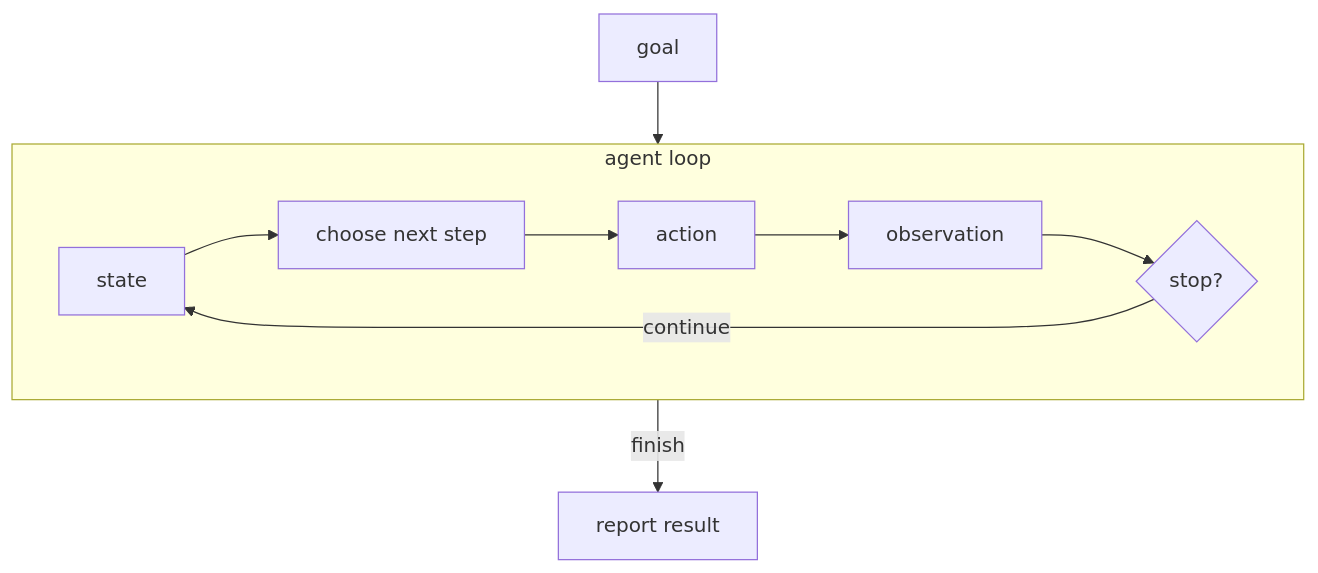
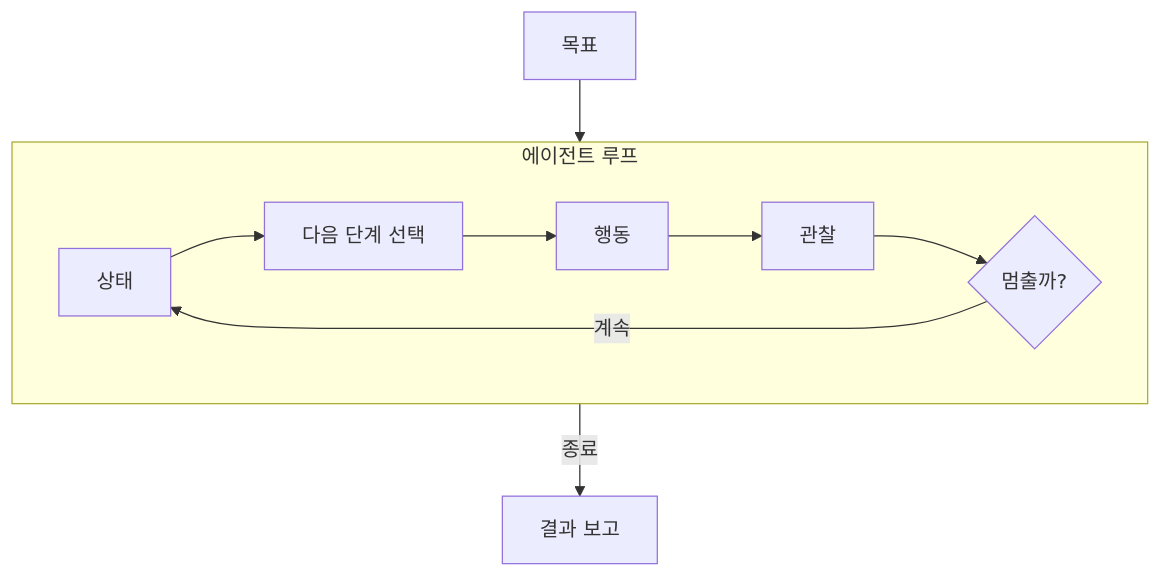
One commit to devchan64/AiBook changed the diagram in docs/parts/part-01/chapter-14/section-03.md. Above: the diagram before and after it, drawn with Mermaid. The commit also changed other lines of this file and 13 other files, not shown here.

Commit message:
Translate Part 1 Korean diagrams

````diff
--- a/docs/parts/part-01/chapter-14/section-03.md
+++ b/docs/parts/part-01/chapter-14/section-03.md
@@ -106,13 +106,13 @@
 ```mermaid
 flowchart TD
-  G["goal"]
+  G["목표"]
 
-  subgraph L["agent loop"]
+  subgraph L["에이전트 루프"]
     direction LR
-    S["state"] --> P["choose next step"] --> A["action"] --> O["observation"] --> E{"stop?"}
+    S["상태"] --> P["다음 단계 선택"] --> A["행동"] --> O["관찰"] --> E{"멈출까?"}
   end
 
   G --> S
-  E -->|continue| S
-  E -->|finish| R["report result"]
+  E -->|계속| S
+  E -->|종료| R["결과 보고"]
 ```
````
